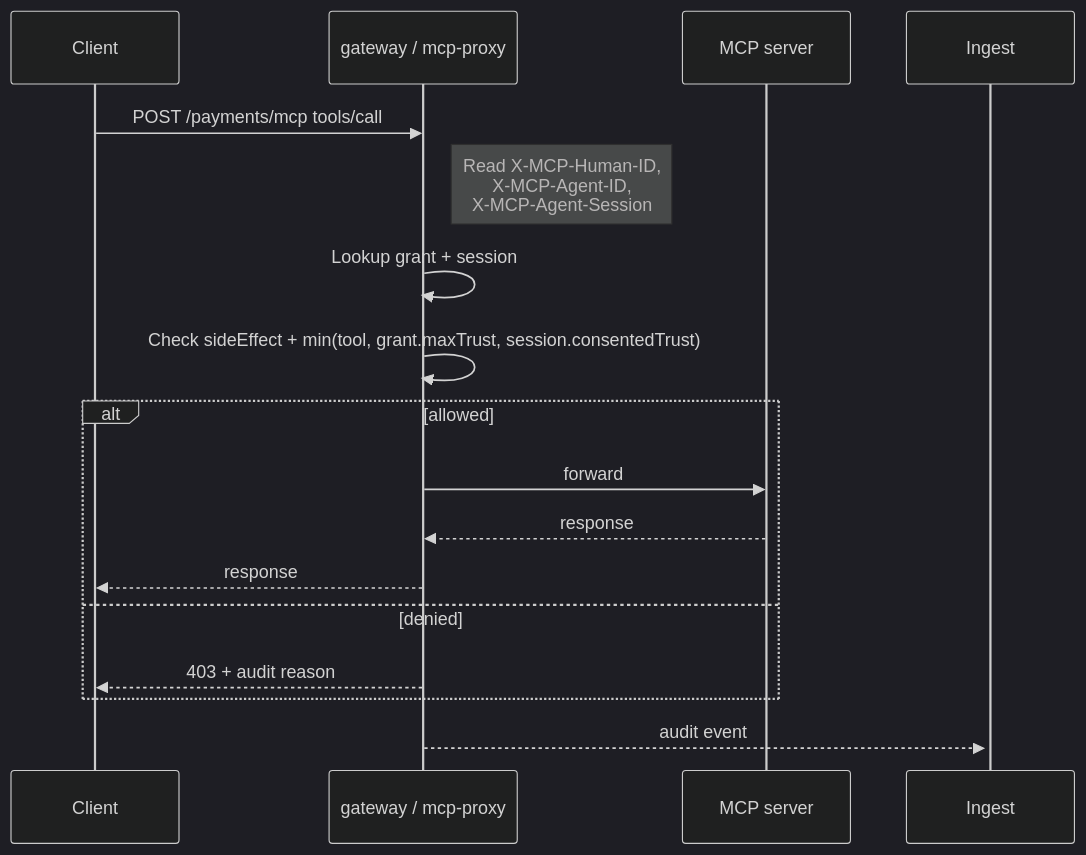
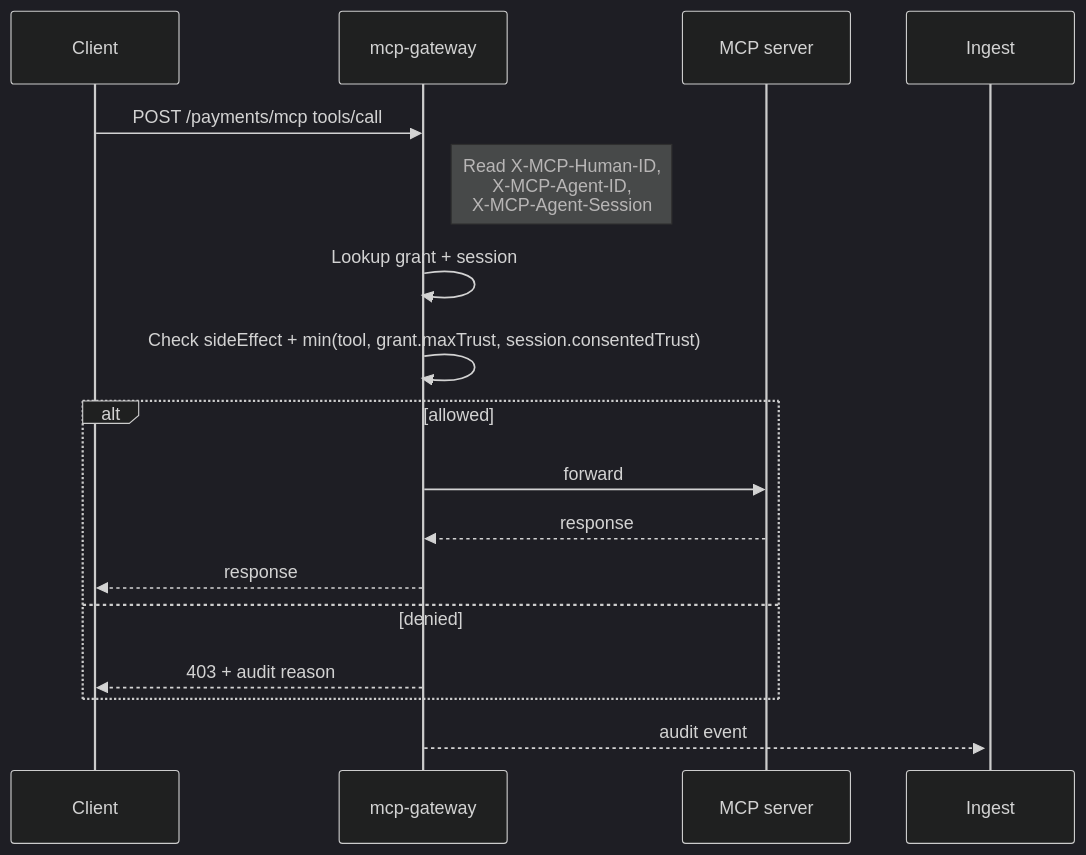
One commit to Agent-Hellboy/mcp-runtime changed the second of 2 diagrams in docs/api.md. Above: the diagram before and after it, drawn with Mermaid (dark theme). The commit also changed other lines of this file and 43 other files, not shown here.

````diff
--- a/docs/api.md
+++ b/docs/api.md
@@ -231,18 +231,18 @@
 ```mermaid
 sequenceDiagram
     participant Client
-    participant Gateway as gateway / mcp-proxy
+    participant Gateway as mcp-gateway
     participant Server as MCP server
     Client->>Gateway: POST /payments/mcp tools/call
     Note right of Gateway: Read X-MCP-Human-ID,<br/>X-MCP-Agent-ID,<br/>X-MCP-Agent-Session
     Gateway->>Gateway: Lookup grant + session
     Gateway->>Gateway: Check sideEffect + min(tool, grant.maxTrust, session.consentedTrust)
     alt allowed
         Gateway->>Server: forward
         Server-->>Gateway: response
         Gateway-->>Client: response
     else denied
         Gateway-->>Client: 403 + audit reason
     end
     Gateway-->>+Ingest: audit event
 ```
````
